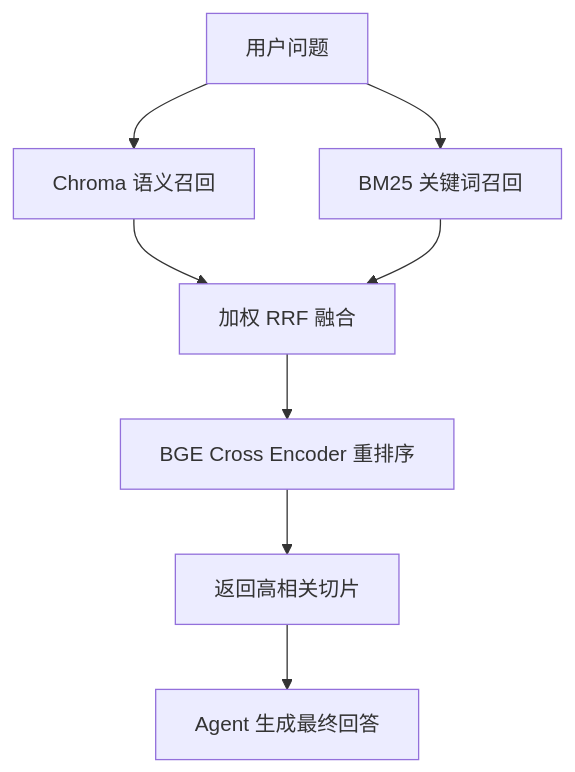
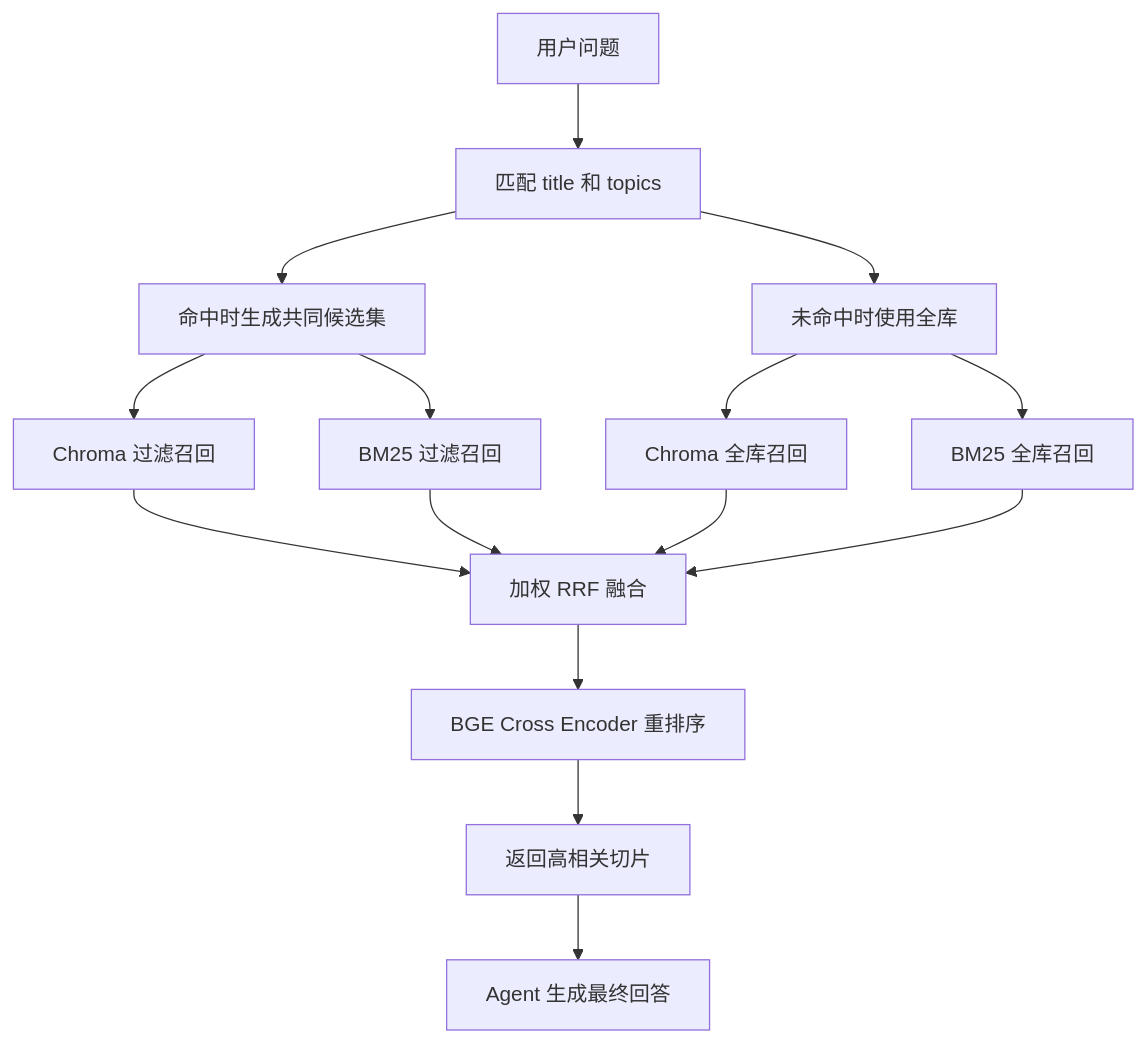
The fifth of 5 diagrams in docs/summary/RAG.md (myth8/zzx-ai-agent), drawn with Mermaid before and after one commit. The commit also changed other lines of this file and 11 other files, not shown here.

````diff
--- a/docs/summary/RAG.md
+++ b/docs/summary/RAG.md
@@ -185,10 +185,17 @@
 ```mermaid
 flowchart TD
-    QUERY["用户问题"] --> VECTOR["Chroma 语义召回"]
-    QUERY --> BM25["BM25 关键词召回"]
-    VECTOR --> FUSION["加权 RRF 融合"]
-    BM25 --> FUSION
+    QUERY["用户问题"] --> META["匹配 title 和 topics"]
+    META --> FILTER["命中时生成共同候选集"]
+    META --> FULL["未命中时使用全库"]
+    FILTER --> VECTORFILTER["Chroma 过滤召回"]
+    FILTER --> BM25FILTER["BM25 过滤召回"]
+    FULL --> VECTORFULL["Chroma 全库召回"]
+    FULL --> BM25FULL["BM25 全库召回"]
+    VECTORFILTER --> FUSION["加权 RRF 融合"]
+    BM25FILTER --> FUSION
+    VECTORFULL --> FUSION
+    BM25FULL --> FUSION
     FUSION --> RERANK["BGE Cross Encoder 重排序"]
     RERANK --> RESULT["返回高相关切片"]
     RESULT --> AGENT["Agent 生成最终回答"]
 ```
````
